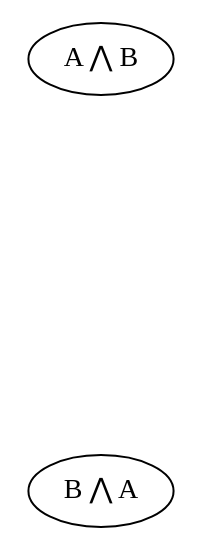
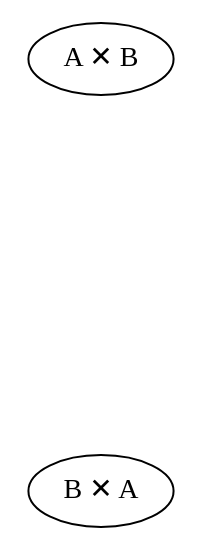
The diagram in src/graphviz/a_and_b_novalue.dot (nrinaudo/far-more-adt), drawn with Graphviz before and after one commit. The commit also changed 59 other files, not shown here.

```diff
--- a/src/graphviz/a_and_b_novalue.dot
+++ b/src/graphviz/a_and_b_novalue.dot
@@ -1,14 +1,14 @@
 digraph {
-    AandB[label="A ⋀ B"]
-    AndAB[label="aᵢ ⋀ bⱼ" class="value" style=invis]
+    AandB[label="A ✕ B"]
+    AndAB[label="aᵢ ✕ bⱼ" class="value" style=invis]
 
     AandB -> AndAB[style=invis]
 
-    BandA[label="B ⋀ A"]
-    AndBA[label="bⱼ ⋀ aᵢ" class="value" style=invis]
+    BandA[label="B ✕ A"]
+    AndBA[label="bⱼ ✕ aᵢ" class="value" style=invis]
 
     AndBA -> BandA[dir=back style=invis]
 
     AndAB -> AndBA[style=invis]
     AndBA -> AndAB[style=invis]
 }
```
